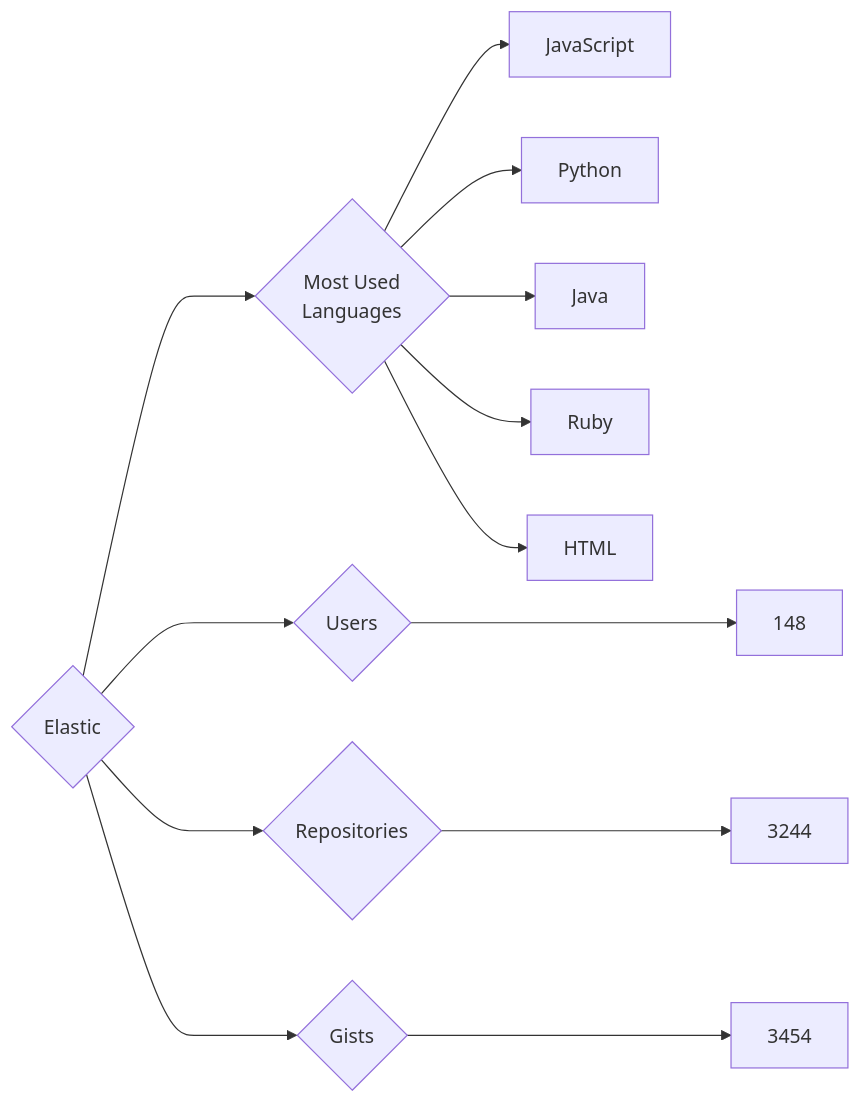
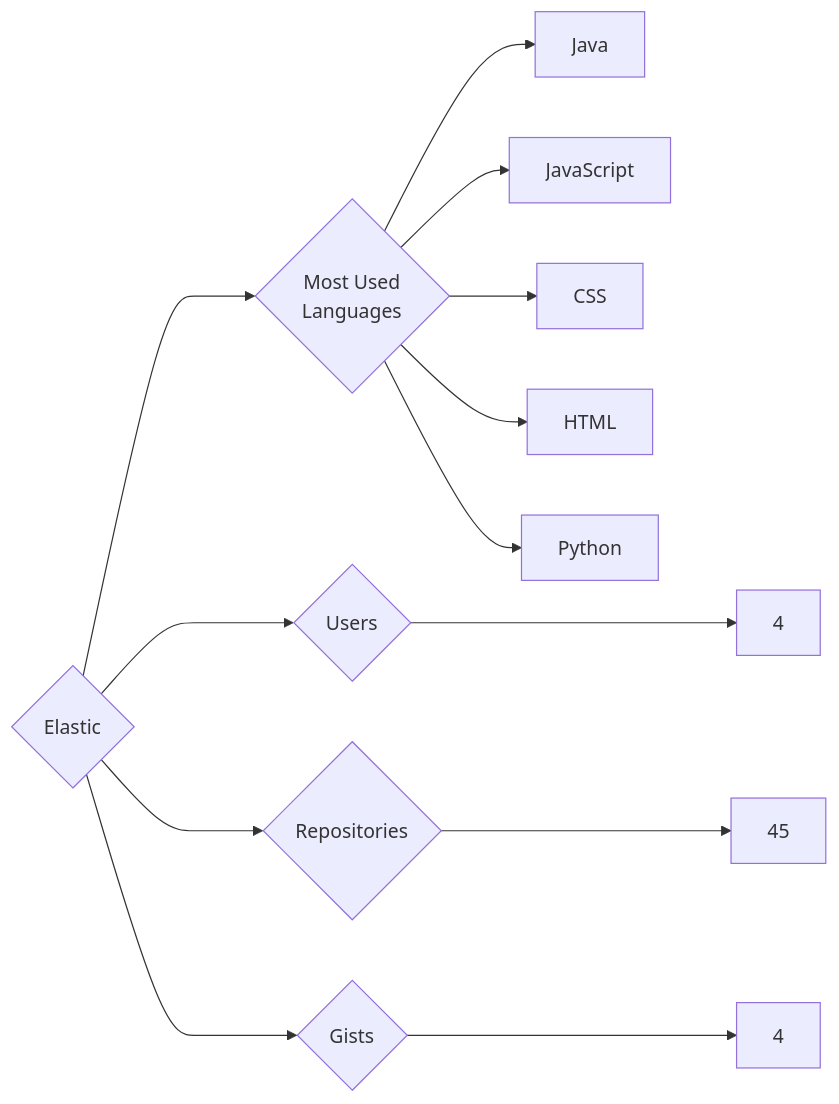
One commit to trickest/insiders changed the diagram in targets/Elastic/README.md. Above: the diagram before and after it, drawn with Mermaid. The commit also changed 934 other files, not shown here.

````diff
--- a/targets/Elastic/README.md
+++ b/targets/Elastic/README.md
@@ -3,13 +3,13 @@
 ```mermaid
 graph LR
 COMPANY_NAME{Elastic}
-COMPANY_NAME ---> U{Users} ---> UN[148]
-COMPANY_NAME ---> R{Repositories} ---> RN[3244]
-COMPANY_NAME ---> G{Gists} ---> GN[3454]
+COMPANY_NAME ---> U{Users} ---> UN[4]
+COMPANY_NAME ---> R{Repositories} ---> RN[45]
+COMPANY_NAME ---> G{Gists} ---> GN[4]
 COMPANY_NAME ---> ML{Most Used<br>Languages}
+ML --> Java[Java]
 ML --> JavaScript[JavaScript]
+ML --> CSS[CSS]
+ML --> HTML[HTML]
 ML --> Python[Python]
-ML --> Java[Java]
-ML --> Ruby[Ruby]
-ML --> HTML[HTML]
 ```
````
